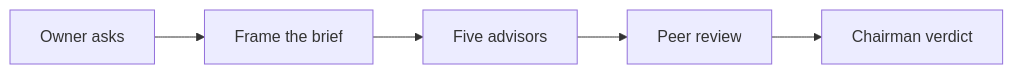
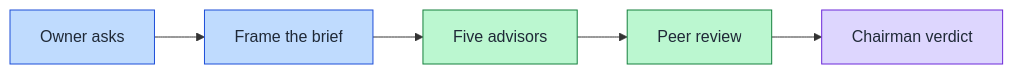
The diagram in docs/diagrams/pages/council.md (victusfate/scaffold), drawn with Mermaid before and after one commit. The commit also changed other lines of this file and 20 other files, not shown here.

First line of the commit message:
docs(diagram-explorer-md): lane colors from the diagram palette; short LLM block

````diff
--- a/docs/diagrams/pages/council.md
+++ b/docs/diagrams/pages/council.md
@@ -7,7 +7,13 @@
 ```mermaid
 flowchart LR
   n_ask["Owner asks"] --> n_brief["Frame the brief"]
   n_brief["Frame the brief"] --> n_advisors["Five advisors"]
   n_advisors["Five advisors"] --> n_review["Peer review"]
   n_review["Peer review"] --> n_chair["Chairman verdict"]
+  classDef lane0 fill:#bfdbfe,stroke:#1d4ed8,color:#1f2937
+  classDef lane1 fill:#bbf7d0,stroke:#15803d,color:#1f2937
+  classDef lane2 fill:#ddd6fe,stroke:#6d28d9,color:#1f2937
+  class n_ask,n_brief lane0
+  class n_advisors,n_review lane1
+  class n_chair lane2
 ```
````
